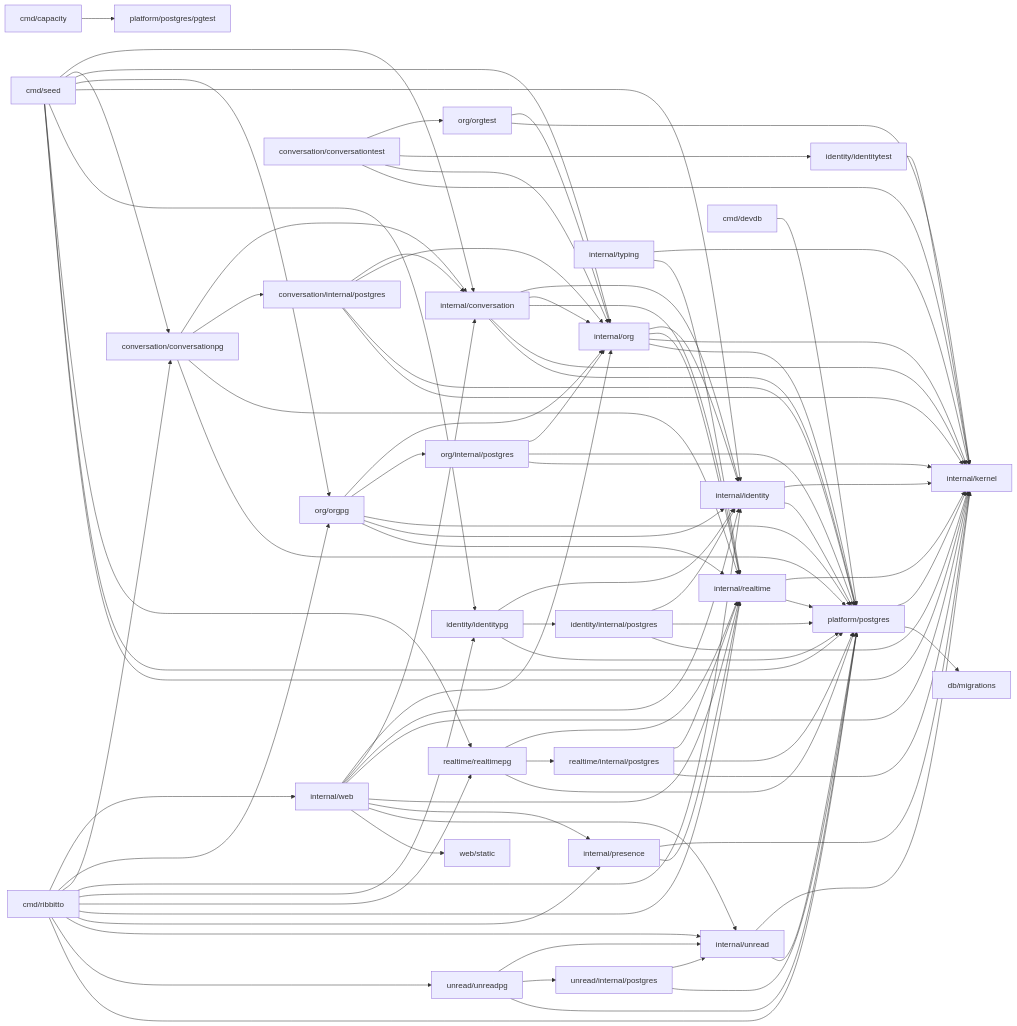
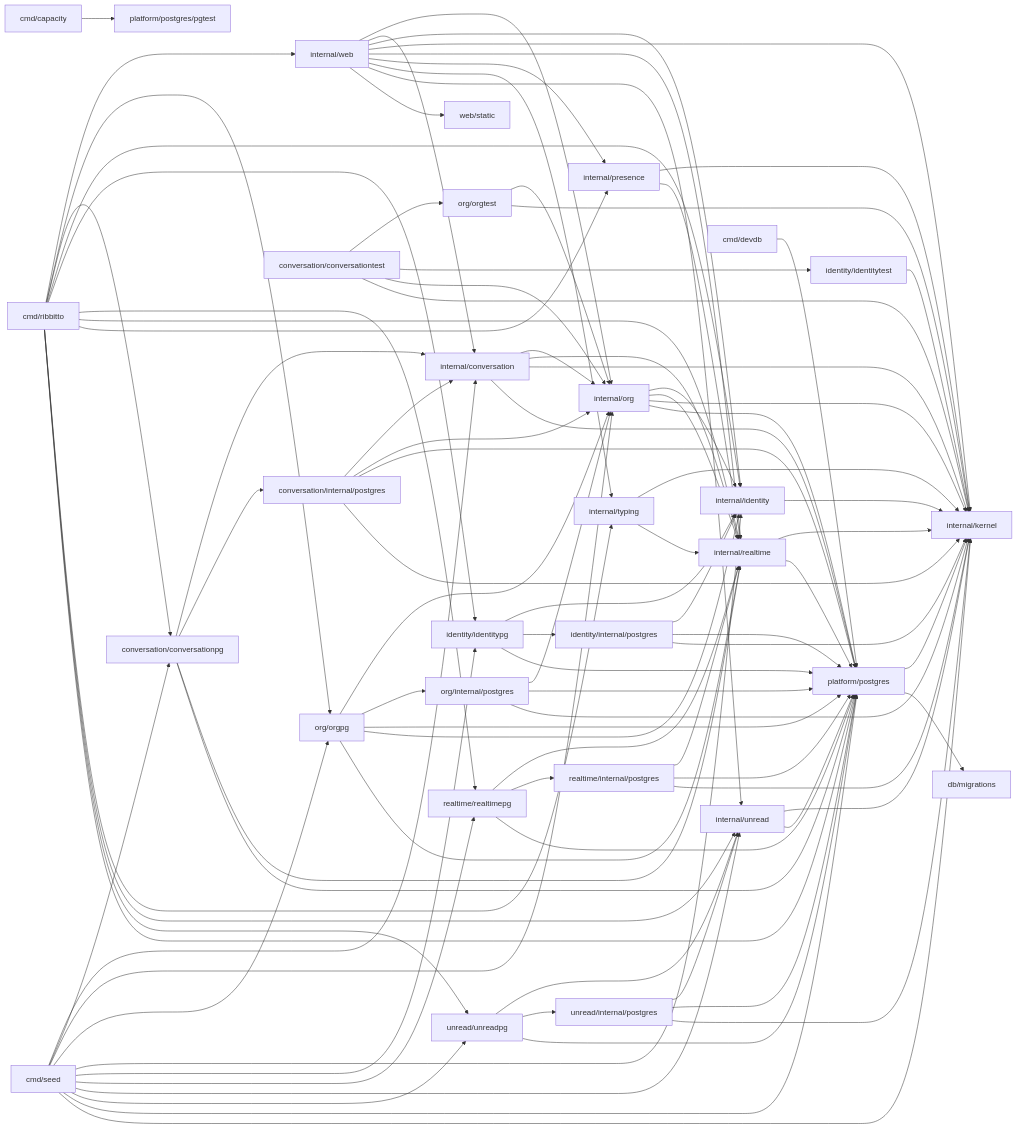
The diagram in docs/architecture/packages.md (tkakkie/ribbitto), drawn with Mermaid before and after one commit. The commit also changed other lines of this file and 15 other files, not shown here.

First line of the commit message:
docs: bring stale architecture, domain and status docs back in line with the code

````diff
--- a/docs/architecture/packages.md
+++ b/docs/architecture/packages.md
@@ -64,29 +64,29 @@
 ```mermaid
 flowchart LR
-  cmd[cmd/ribbitto] --> web & orgpg[org/orgpg] & conversationpg[conversation/conversationpg] & identity & identitypg[identity/identitypg] & realtimepg & realtime & presence & unread & unreadpg & platform[platform/postgres]
-  seed[cmd/seed] --> conversation & conversationpg & org & orgpg & identity & identitypg & realtimepg & platform & kernel
+  cmd[cmd/ribbitto] --> web & orgpg[org/orgpg] & conversationpg[conversation/conversationpg] & identity & identitypg[identity/identitypg] & realtimepg & realtime & presence & typing & unread & unreadpg & platform[platform/postgres]
+  seed[cmd/seed] --> conversation & conversationpg & org & orgpg & identity & identitypg & realtimepg & unread & unreadpg & platform & kernel
   devdb[cmd/devdb] --> platform
   capacity[cmd/capacity] --> pgtest[platform/postgres/pgtest]
-  web[internal/web] --> org & conversation & identity & kernel & realtime & presence & unread & static[web/static]
+  web[internal/web] --> org & conversation & identity & kernel & realtime & presence & typing & unread & static[web/static]
   conversationpg --> conversation[internal/conversation] & cstore[conversation/internal/postgres] & realtime & platform
-  conversation --> identity & org & realtime & kernel & platform
+  conversation --> org & realtime & kernel & platform
   cstore --> conversation & org & platform & kernel
   conversationtest[conversation/conversationtest] --> orgtest[org/orgtest] & identitytest[identity/identitytest] & org & kernel
   orgtest --> org & kernel
   identitytest --> kernel
   realtime[internal/realtime] --> kernel & platform
   realtimepg[realtime/realtimepg] --> realtime & rstore[realtime/internal/postgres] & platform
   rstore --> realtime & platform & kernel
   org[internal/org] --> identity & realtime & kernel & platform
   orgpg --> org & ostore[org/internal/postgres] & platform & identity & realtime
   ostore --> org & platform & kernel
-  identity[internal/identity] --> kernel & platform
+  identity[internal/identity] --> kernel
   identitypg --> identity & store[identity/internal/postgres] & platform
   store --> identity & platform & kernel
   presence[internal/presence] --> kernel & realtime
   typing[internal/typing] --> kernel & realtime
   unread[internal/unread] --> kernel & platform
   unreadpg[unread/unreadpg] --> unread & ustore[unread/internal/postgres] & platform
-  ustore --> unread & platform
+  ustore --> unread & platform & kernel
   platform --> kernel[internal/kernel] & migrations[db/migrations]
 ```
````
